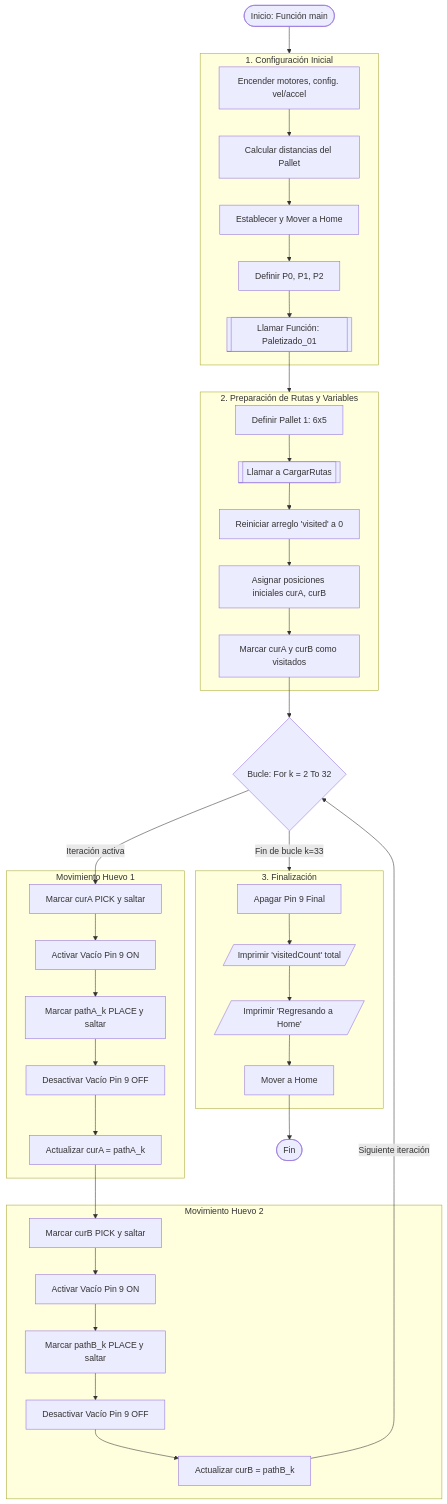
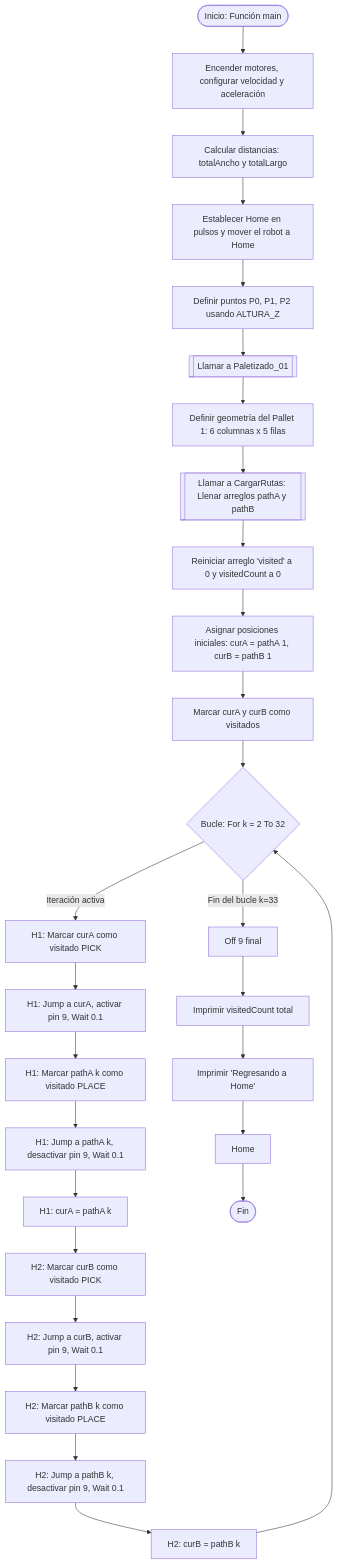
Before and after one commit to labsir-un/Robotica-2026-I-Equipo-2D-Cardenas-Pirateque-Suarez: the diagram in Laboratorio No. 03 - Robótica Industrial EPSON T3 401S y EPSON RC+/README.MD, drawn with Mermaid. The commit also changed other lines of this file, not shown here.

````diff
--- a/Laboratorio No. 03 - Robótica Industrial EPSON T3 401S y EPSON RC+/README.MD
+++ b/Laboratorio No. 03 - Robótica Industrial EPSON T3 401S y EPSON RC+/README.MD
@@ -412,52 +413,71 @@
 ```mermaid
-flowchart TD
-    A([Inicio: Función main]) --> INIT
 
-    subgraph INIT [1. Configuración Inicial]
-        B[Encender motores, config. vel/accel] --> C[Calcular distancias del Pallet]
-        C --> D[Establecer y Mover a Home]
-        D --> E[Definir P0, P1, P2]
-        E --> F[[Llamar Función: Paletizado_01]]
-    end
+graph TD
 
-    F --> SETUP
+    A([Inicio: Función main]) --> B[Encender motores, configurar velocidad y aceleración]
 
-    subgraph SETUP [2. Preparación de Rutas y Variables]
-        G[Definir Pallet 1: 6x5] --> H[[Llamar a CargarRutas]]
-        H --> I[Reiniciar arreglo 'visited' a 0]
-        I --> J[Asignar posiciones iniciales curA, curB]
-        J --> K[Marcar curA y curB como visitados]
-    end
+    B --> C[Calcular distancias: totalAncho y totalLargo]
+
+    C --> D[Establecer Home en pulsos y mover el robot a Home]
+
+    D --> E[Definir puntos P0, P1, P2 usando ALTURA_Z]
+
+    E --> F[[Llamar a Paletizado_01]]
+
+
+
+    F --> G[Definir geometría del Pallet 1: 6 columnas x 5 filas]
+
+    G --> H[[Llamar a CargarRutas: Llenar arreglos pathA y pathB]]
+
+    H --> I[Reiniciar arreglo 'visited' a 0 y visitedCount a 0]
+
+    I --> J[Asignar posiciones iniciales: curA = pathA 1, curB = pathB 1]
+
+    J --> K[Marcar curA y curB como visitados]
+
+
 
     K --> L{Bucle: For k = 2 To 32}
 
-    L -- Iteración activa --> M1
-    
-    subgraph H1 [Movimiento Huevo 1]
-        M1[Marcar curA PICK y saltar] --> M2[Activar Vacío Pin 9 ON]
-        M2 --> M3[Marcar pathA_k PLACE y saltar]
-        M3 --> M4[Desactivar Vacío Pin 9 OFF]
-        M4 --> M5[Actualizar curA = pathA_k]
-    end
 
-    M5 --> N1
 
-    subgraph H2 [Movimiento Huevo 2]
-        N1[Marcar curB PICK y saltar] --> N2[Activar Vacío Pin 9 ON]
-        N2 --> N3[Marcar pathB_k PLACE y saltar]
-        N3 --> N4[Desactivar Vacío Pin 9 OFF]
-        N4 --> N5[Actualizar curB = pathB_k]
-    end
+    L -->|Iteración activa| M1[H1: Marcar curA como visitado PICK]
 
-    N5 -- Siguiente iteración --> L
+    M1 --> M2[H1: Jump a curA, activar pin 9, Wait 0.1]
 
-    L -- Fin de bucle k=33 --> END_PROCESS
+    M2 --> M3[H1: Marcar pathA k como visitado PLACE]
 
-    subgraph END_PROCESS [3. Finalización]
-        S[Apagar Pin 9 Final] --> T[/Imprimir 'visitedCount' total/]
-        T --> U[/Imprimir 'Regresando a Home'/]
-        U --> V[Mover a Home]
-    end
+    M3 --> M4[H1: Jump a pathA k, desactivar pin 9, Wait 0.1]
+
+    M4 --> M5[H1: curA = pathA k]
+
+
+
+    M5 --> N1[H2: Marcar curB como visitado PICK]
+
+    N1 --> N2[H2: Jump a curB, activar pin 9, Wait 0.1]
+
+    N2 --> N3[H2: Marcar pathB k como visitado PLACE]
+
+    N3 --> N4[H2: Jump a pathB k, desactivar pin 9, Wait 0.1]
+
+    N4 --> N5[H2: curB = pathB k]
+
+
+
+    N5 --> L
+
+
+
+    L -->|Fin del bucle k=33| S[Off 9 final]
+
+    S --> T[Imprimir visitedCount total]
+
+    T --> U[Imprimir 'Regresando a Home']
+
+    U --> V[Home]
 
     V --> W([Fin])
-```
+
+``` 
````
